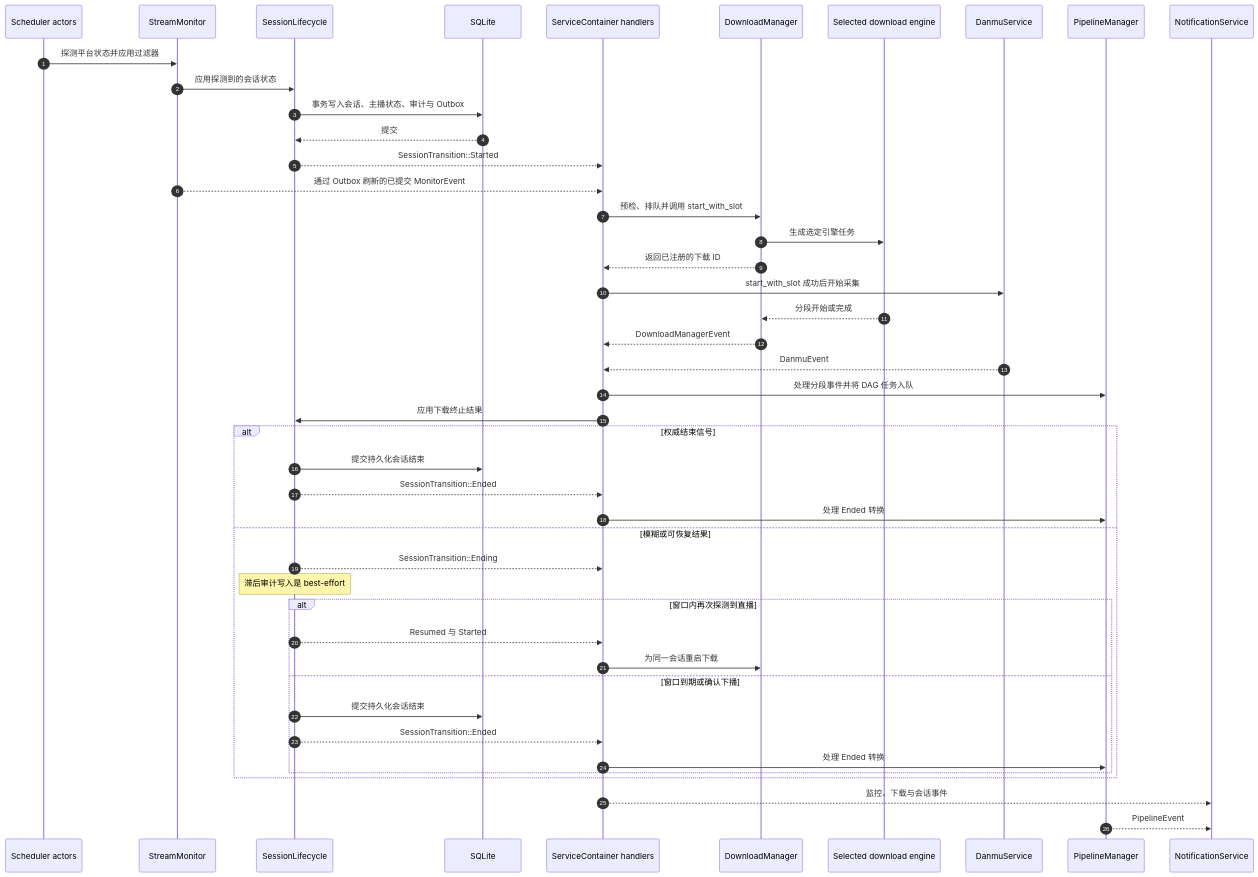
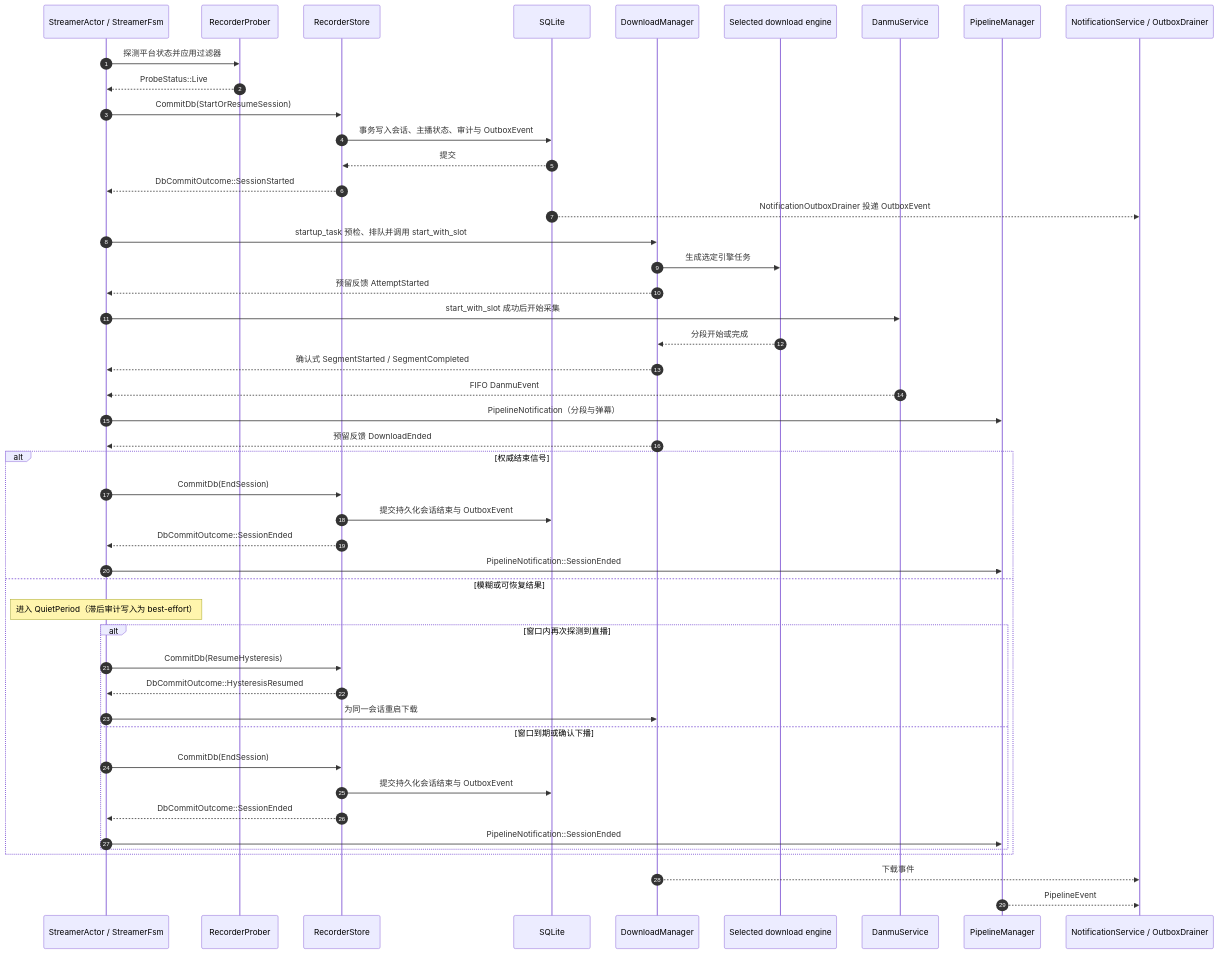
The third of 4 diagrams in rust-srec/docs/zh/development/architecture.md (hua0512/rust-srec), drawn with Mermaid before and after one commit. The commit also changed other lines of this file and 38 other files, not shown here.

First line of the commit message:
refactor(recorder,docs): remove unused MonitorEvent and clean up legacy references

````diff
--- a/rust-srec/docs/zh/development/architecture.md
+++ b/rust-srec/docs/zh/development/architecture.md
@@ -302,50 +268,52 @@
 ```mermaid
 sequenceDiagram
   autonumber
-  participant SCH as Scheduler actors
-  participant MON as StreamMonitor
-  participant SESS as SessionLifecycle
+  participant ACT as StreamerActor / StreamerFsm
+  participant PRB as RecorderProber
+  participant STO as RecorderStore
   participant DB as SQLite
-  participant SC as ServiceContainer handlers
   participant DL as DownloadManager
   participant ENG as Selected download engine
   participant DM as DanmuService
   participant PL as PipelineManager
-  participant NOTI as NotificationService
+  participant NOTI as NotificationService / OutboxDrainer
 
-  SCH->>MON: 探测平台状态并应用过滤器
-  MON->>SESS: 应用探测到的会话状态
-  SESS->>DB: 事务写入会话、主播状态、审计与 Outbox
-  DB-->>SESS: 提交
-  SESS-->>SC: SessionTransition::Started
-  MON-->>SC: 通过 Outbox 刷新的已提交 MonitorEvent
+  ACT->>PRB: 探测平台状态并应用过滤器
+  PRB-->>ACT: ProbeStatus::Live
+  ACT->>STO: CommitDb(StartOrResumeSession)
+  STO->>DB: 事务写入会话、主播状态、审计与 OutboxEvent
+  DB-->>STO: 提交
+  STO-->>ACT: DbCommitOutcome::SessionStarted
+  DB-->>NOTI: NotificationOutboxDrainer 投递 OutboxEvent
 
-  SC->>DL: 预检、排队并调用 start_with_slot
+  ACT->>DL: startup_task 预检、排队并调用 start_with_slot
   DL->>ENG: 生成选定引擎任务
-  DL-->>SC: 返回已注册的下载 ID
-  SC->>DM: start_with_slot 成功后开始采集
+  DL-->>ACT: 预留反馈 AttemptStarted
+  ACT->>DM: start_with_slot 成功后开始采集
   ENG-->>DL: 分段开始或完成
-  DL-->>SC: DownloadManagerEvent
-  DM-->>SC: DanmuEvent
-  SC->>PL: 处理分段事件并将 DAG 任务入队
+  DL-->>ACT: 确认式 SegmentStarted / SegmentCompleted
+  DM-->>ACT: FIFO DanmuEvent
+  ACT->>PL: PipelineNotification（分段与弹幕）
 
-  SC->>SESS: 应用下载终止结果
+  DL-->>ACT: 预留反馈 DownloadEnded
   alt 权威结束信号
-    SESS->>DB: 提交持久化会话结束
-    SESS-->>SC: SessionTransition::Ended
-    SC->>PL: 处理 Ended 转换
+    ACT->>STO: CommitDb(EndSession)
+    STO->>DB: 提交持久化会话结束与 OutboxEvent
+    STO-->>ACT: DbCommitOutcome::SessionEnded
+    ACT->>PL: PipelineNotification::SessionEnded
   else 模糊或可恢复结果
-    SESS-->>SC: SessionTransition::Ending
-    Note over SESS: 滞后审计写入是 best-effort
+    Note over ACT: 进入 QuietPeriod（滞后审计写入为 best-effort）
     alt 窗口内再次探测到直播
-      SESS-->>SC: Resumed 与 Started
-      SC->>DL: 为同一会话重启下载
+      ACT->>STO: CommitDb(ResumeHysteresis)
+      STO-->>ACT: DbCommitOutcome::HysteresisResumed
+      ACT->>DL: 为同一会话重启下载
     else 窗口到期或确认下播
-      SESS->>DB: 提交持久化会话结束
-      SESS-->>SC: SessionTransition::Ended
-      SC->>PL: 处理 Ended 转换
+      ACT->>STO: CommitDb(EndSession)
+      STO->>DB: 提交持久化会话结束与 OutboxEvent
+      STO-->>ACT: DbCommitOutcome::SessionEnded
+      ACT->>PL: PipelineNotification::SessionEnded
     end
   end
-  SC-->>NOTI: 监控、下载与会话事件
+  DL-->>NOTI: 下载事件
   PL-->>NOTI: PipelineEvent
 ```
````
